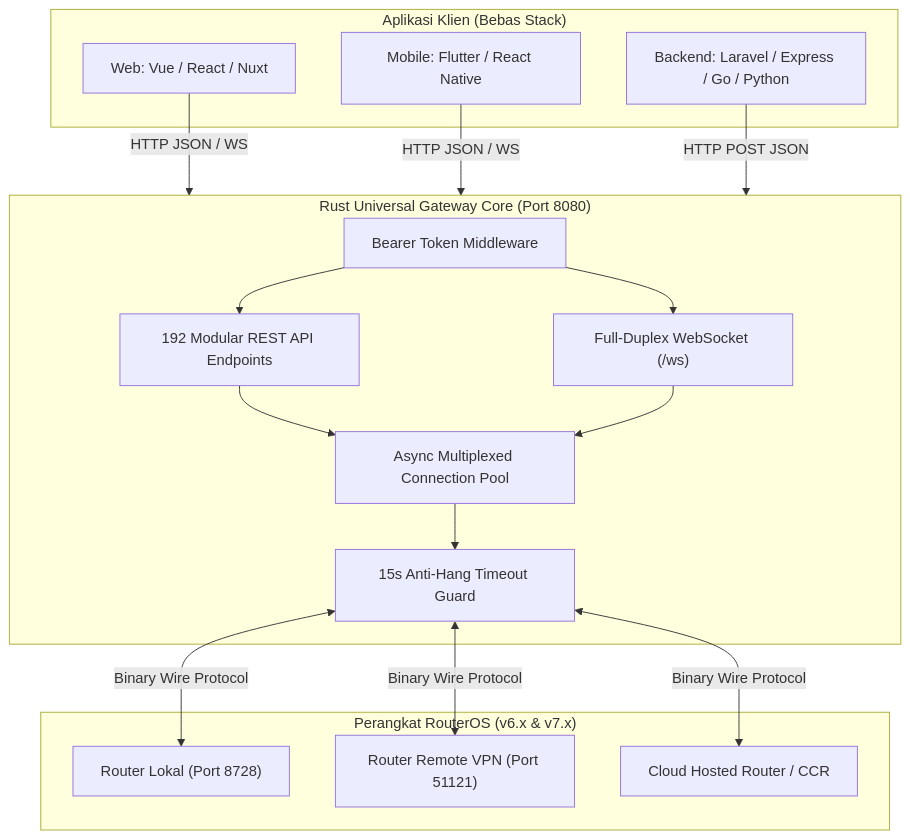
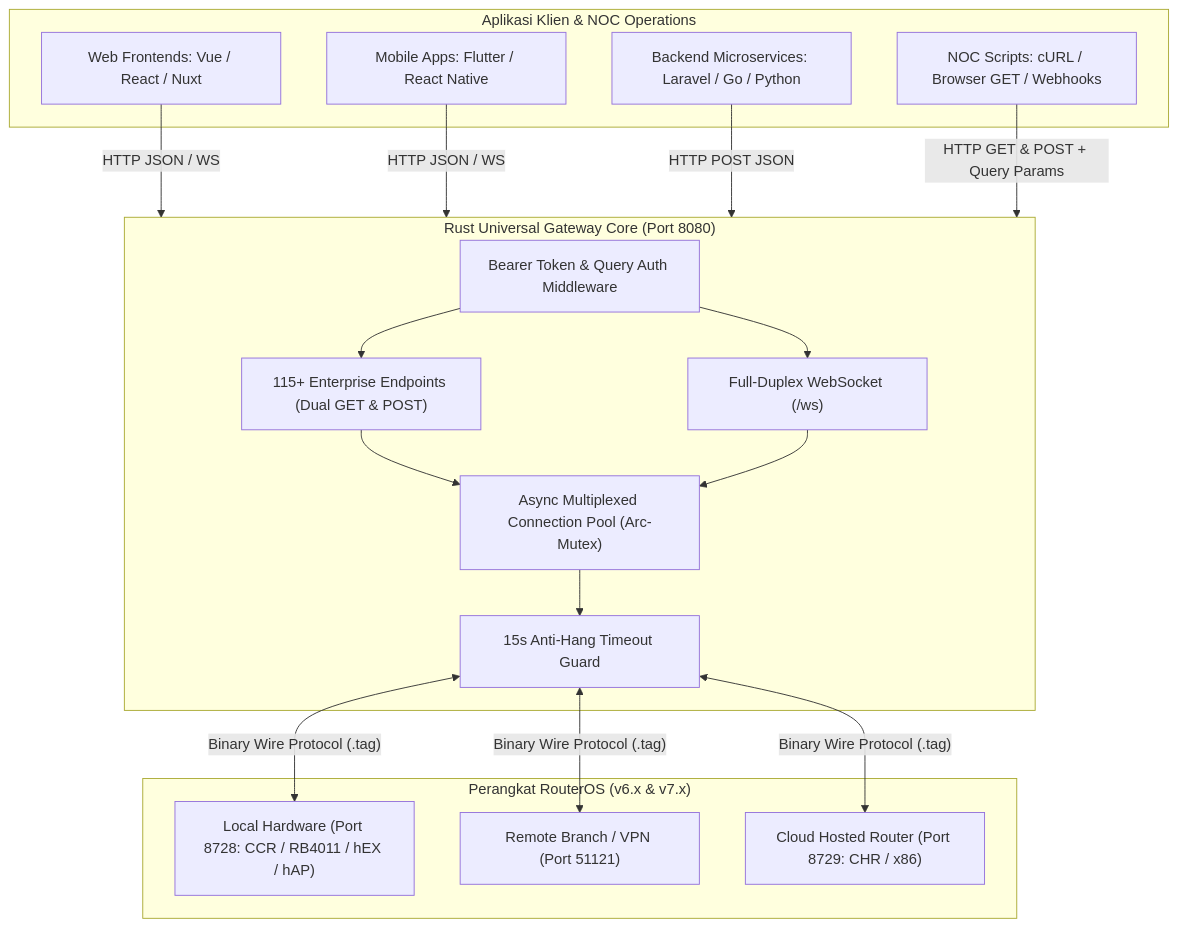
Before and after one commit to salman-mustapa/mikrotik-service: the diagram in README.md, drawn with Mermaid. The commit also changed other lines of this file and 5 other files, not shown here.

Commit message:
docs: refine architecture SVG layout, update README and outline docs with enterprise NOC engineering depth

````diff
--- a/README.md
+++ b/README.md
@@ -55,35 +58,37 @@
 ```mermaid
 graph TB
-    subgraph Stacks ["Aplikasi Klien (Bebas Stack)"]
-        W["Web: Vue / React / Nuxt"]
-        M["Mobile: Flutter / React Native"]
-        B["Backend: Laravel / Express / Go / Python"]
+    subgraph Stacks ["Aplikasi Klien & NOC Operations"]
+        W["Web Frontends: Vue / React / Nuxt"]
+        M["Mobile Apps: Flutter / React Native"]
+        B["Backend Microservices: Laravel / Go / Python"]
+        NOC["NOC Scripts: cURL / Browser GET / Webhooks"]
     end
 
     subgraph RustEngine ["Rust Universal Gateway Core (Port 8080)"]
-        AUTH["Bearer Token Middleware"]
+        AUTH["Bearer Token & Query Auth Middleware"]
         WS["Full-Duplex WebSocket (/ws)"]
-        REST["192 Modular REST API Endpoints"]
-        POOL["Async Multiplexed Connection Pool"]
+        REST["115+ Enterprise Endpoints (Dual GET & POST)"]
+        POOL["Async Multiplexed Connection Pool (Arc-Mutex)"]
         GUARD["15s Anti-Hang Timeout Guard"]
     end
 
     subgraph Hardware ["Perangkat RouterOS (v6.x & v7.x)"]
-        R1["Router Lokal (Port 8728)"]
-        R2["Router Remote VPN (Port 51121)"]
-        R3["Cloud Hosted Router / CCR"]
+        R1["Local Hardware (Port 8728: CCR / RB4011 / hEX / hAP)"]
+        R2["Remote Branch / VPN (Port 51121)"]
+        R3["Cloud Hosted Router (Port 8729: CHR / x86)"]
     end
 
     W -->|"HTTP JSON / WS"| RustEngine
     M -->|"HTTP JSON / WS"| RustEngine
     B -->|"HTTP POST JSON"| RustEngine
+    NOC -->|"HTTP GET & POST + Query Params"| RustEngine
 
     AUTH --> REST
     AUTH --> WS
     REST --> POOL
     WS --> POOL
     POOL --> GUARD
-    GUARD <-->|"Binary Wire Protocol"| R1
-    GUARD <-->|"Binary Wire Protocol"| R2
-    GUARD <-->|"Binary Wire Protocol"| R3
+    GUARD <-->|"Binary Wire Protocol (.tag)"| R1
+    GUARD <-->|"Binary Wire Protocol (.tag)"| R2
+    GUARD <-->|"Binary Wire Protocol (.tag)"| R3
 ```
````
